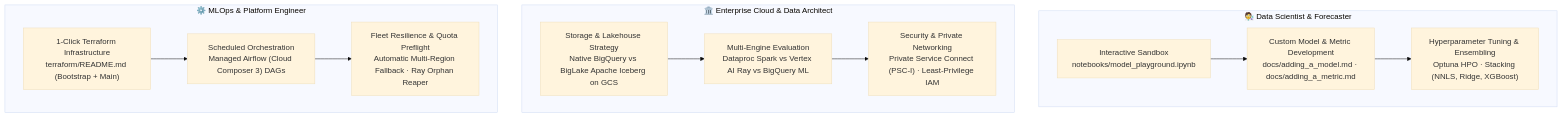
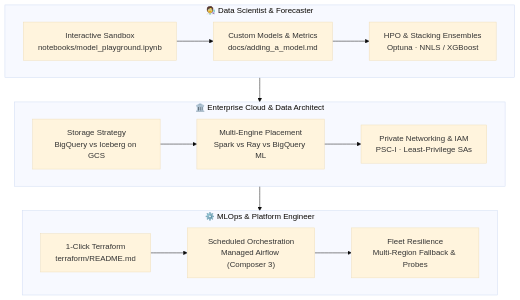
Before and after one commit to statmike/scale-forecasting: the first of 4 diagrams in README.md, drawn with Mermaid (base theme). The commit also changed other lines of this file, not shown here.

Commit message:
docs: make Mermaid diagrams vertically stacked for font readability and add Config and Extensibility sections to README

````diff
--- a/README.md
+++ b/README.md
@@ -109,23 +110,19 @@
 ```mermaid
 flowchart TD
     subgraph DataScientist["🧑‍🔬 Data Scientist & Forecaster"]
-        DS1["Interactive Sandbox<br/>notebooks/model_playground.ipynb"]
-        DS2["Custom Model & Metric Development<br/>docs/adding_a_model.md · docs/adding_a_metric.md"]
-        DS3["Hyperparameter Tuning & Ensembling<br/>Optuna HPO · Stacking (NNLS, Ridge, XGBoost)"]
-        DS1 --> DS2 --> DS3
+        direction LR
+        DS1["Interactive Sandbox<br/>notebooks/model_playground.ipynb"] --> DS2["Custom Models & Metrics<br/>docs/adding_a_model.md"] --> DS3["HPO & Stacking Ensembles<br/>Optuna · NNLS / XGBoost"]
     end
 
     subgraph Architect["🏛️ Enterprise Cloud & Data Architect"]
-        AR1["Storage & Lakehouse Strategy<br/>Native BigQuery vs BigLake Apache Iceberg on GCS"]
-        AR2["Multi-Engine Evaluation<br/>Dataproc Spark vs Vertex AI Ray vs BigQuery ML"]
-        AR3["Security & Private Networking<br/>Private Service Connect (PSC-I) · Least-Privilege IAM"]
-        AR1 --> AR2 --> AR3
+        direction LR
+        AR1["Storage Strategy<br/>BigQuery vs Iceberg on GCS"] --> AR2["Multi-Engine Placement<br/>Spark vs Ray vs BigQuery ML"] --> AR3["Private Networking & IAM<br/>PSC-I · Least-Privilege SAs"]
     end
 
     subgraph MLOps["⚙️ MLOps & Platform Engineer"]
-        OP1["1-Click Terraform Infrastructure<br/>terraform/README.md (Bootstrap + Main)"]
-        OP2["Scheduled Orchestration<br/>Managed Airflow (Cloud Composer 3) DAGs"]
-        OP3["Fleet Resilience & Quota Preflight<br/>Automatic Multi-Region Fallback · Ray Orphan Reaper"]
-        OP1 --> OP2 --> OP3
+        direction LR
+        OP1["1-Click Terraform<br/>terraform/README.md"] --> OP2["Scheduled Orchestration<br/>Managed Airflow (Composer 3)"] --> OP3["Fleet Resilience<br/>Multi-Region Fallback & Probes"]
     end
+
+    DataScientist --> Architect --> MLOps
 ```
````
